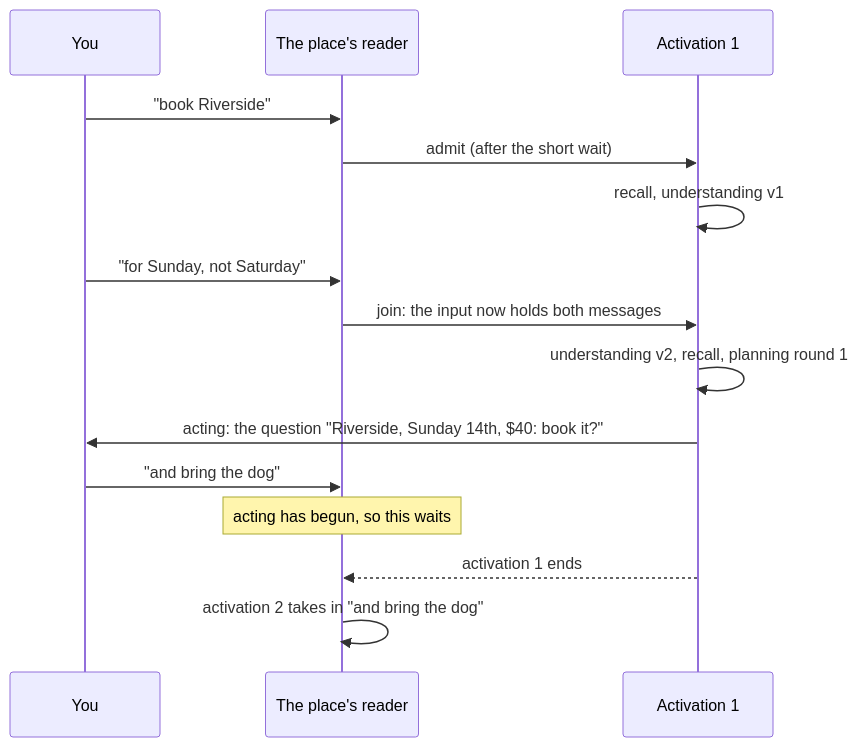
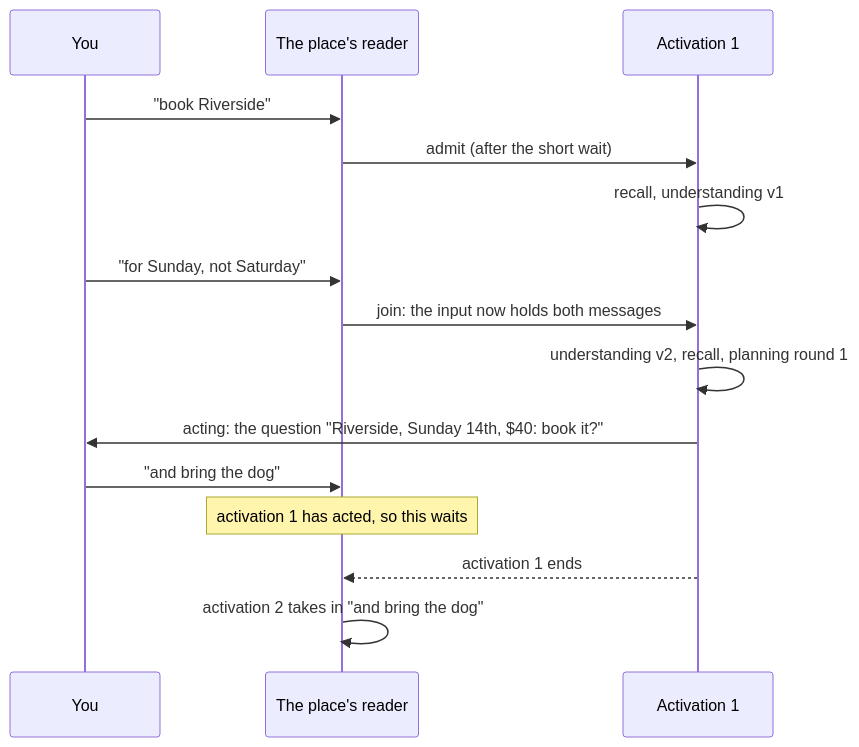
One commit to leonapivato/ai-assistant changed the diagram in docs/proposals/controller-next.md. Above: the diagram before and after it, drawn with Mermaid. The commit also changed other lines of this file, not shown here.

````diff
--- a/docs/proposals/controller-next.md
+++ b/docs/proposals/controller-next.md
@@ -242,17 +245,17 @@
 ```mermaid
 sequenceDiagram
     participant U as You
     participant P as The place's reader
     participant A as Activation 1
     U->>P: "book Riverside"
     P->>A: admit (after the short wait)
     A->>A: recall, understanding v1
     U->>P: "for Sunday, not Saturday"
     P->>A: join: the input now holds both messages
     A->>A: understanding v2, recall, planning round 1
     A->>U: acting: the question "Riverside, Sunday 14th, $40: book it?"
     U->>P: "and bring the dog"
-    Note over P: acting has begun, so this waits
+    Note over P: activation 1 has acted, so this waits
     A-->>P: activation 1 ends
     P->>P: activation 2 takes in "and bring the dog"
 ```
````
